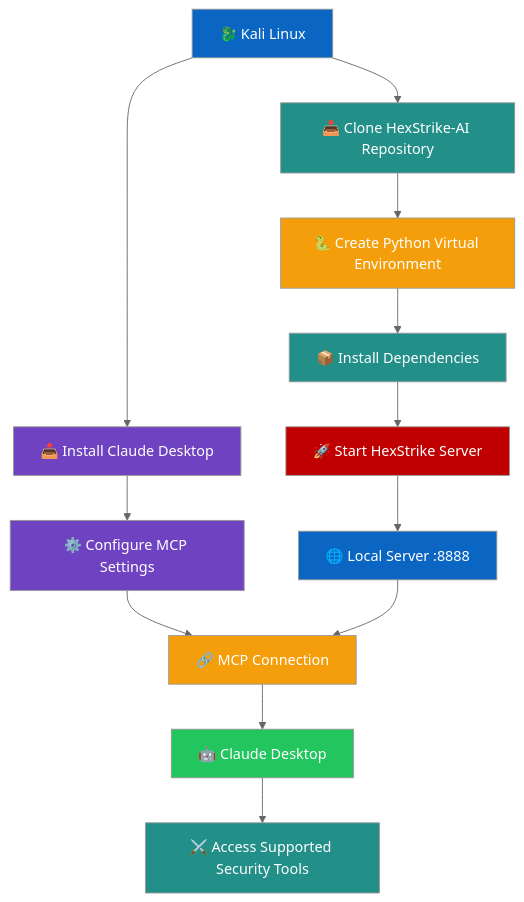
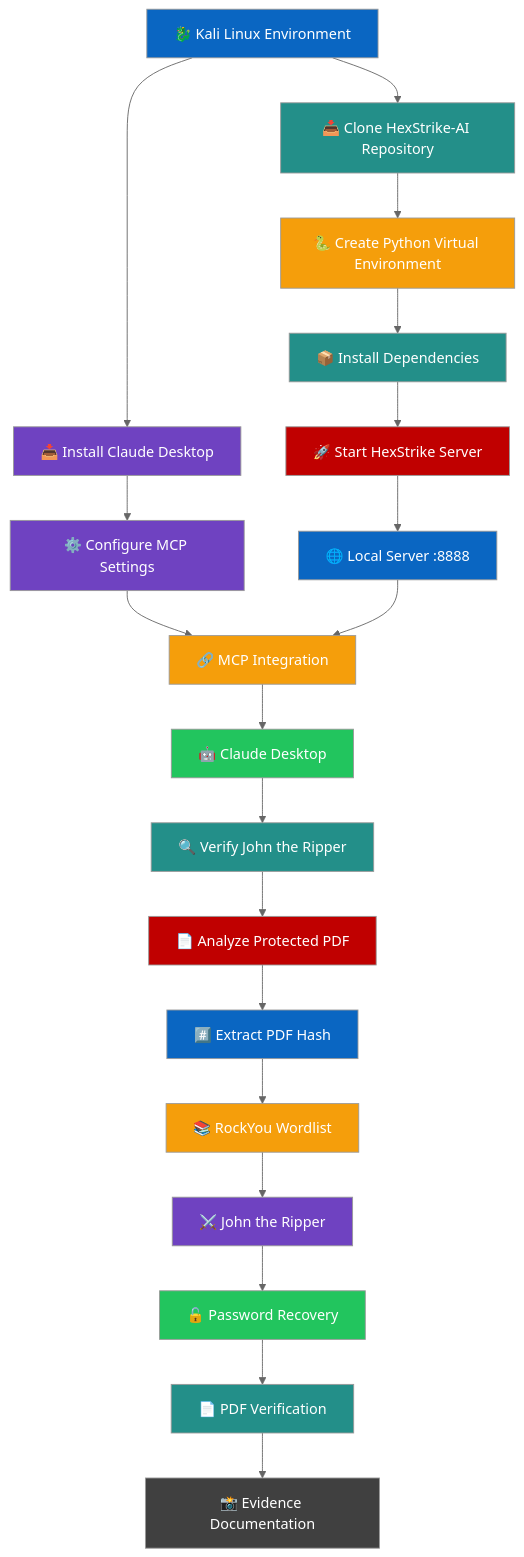
One commit to Nida-I-Khedekar/Cracking-Attacking-on-multiple-targets-using-multiple-tools-techniques changed the fourth of 4 diagrams in README.md. Above: the diagram before and after it, drawn with Mermaid (neutral theme). The commit also changed other lines of this file, not shown here.

First line of the commit message:
Revise README for HexStrike-AI and Claude Desktop integration

````diff
--- a/README.md
+++ b/README.md
@@ -562,37 +589,50 @@
 ```mermaid
 flowchart TD
 
-    A["🐉 Kali Linux"] --> B["📥 Install Claude Desktop"]
+    A["🐉 Kali Linux Environment"]
 
+    A --> B["📥 Install Claude Desktop"]
     A --> C["📥 Clone HexStrike-AI Repository"]
 
     C --> D["🐍 Create Python Virtual Environment"]
-
     D --> E["📦 Install Dependencies"]
-
     E --> F["🚀 Start HexStrike Server"]
 
     B --> G["⚙️ Configure MCP Settings"]
-
     F --> H["🌐 Local Server :8888"]
 
-    G --> I["🔗 MCP Connection"]
-
+    G --> I["🔗 MCP Integration"]
     H --> I
 
     I --> J["🤖 Claude Desktop"]
 
-    J --> K["⚔️ Access Supported Security Tools"]
+    J --> K["🔍 Verify John the Ripper"]
+    K --> L["📄 Analyze Protected PDF"]
+    L --> M["#️⃣ Extract PDF Hash"]
+
+    M --> N["📚 RockYou Wordlist"]
+    N --> O["⚔️ John the Ripper"]
+    O --> P["🔓 Password Recovery"]
+
+    P --> Q["📄 PDF Verification"]
+    Q --> R["📸 Evidence Documentation"]
 
     style A fill:#0A66C2,color:#fff
     style B fill:#6F42C1,color:#fff
     style C fill:#238F89,color:#fff
     style D fill:#F59E0B,color:#fff
     style E fill:#238F89,color:#fff
     style F fill:#C00000,color:#fff
     style G fill:#6F42C1,color:#fff
     style H fill:#0A66C2,color:#fff
     style I fill:#F59E0B,color:#fff
     style J fill:#22C55E,color:#fff
     style K fill:#238F89,color:#fff
+    style L fill:#C00000,color:#fff
+    style M fill:#0A66C2,color:#fff
+    style N fill:#F59E0B,color:#fff
+    style O fill:#6F42C1,color:#fff
+    style P fill:#22C55E,color:#fff
+    style Q fill:#238F89,color:#fff
+    style R fill:#404040,color:#fff
 ```
````
